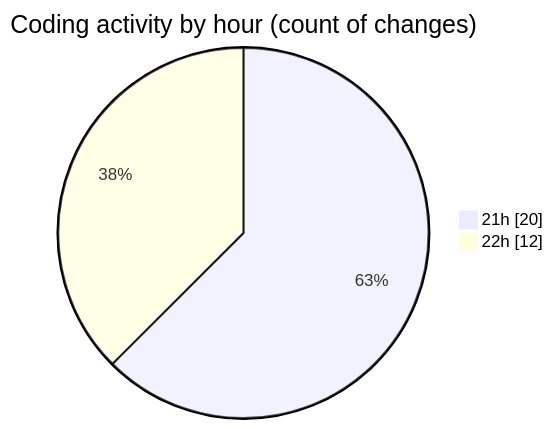
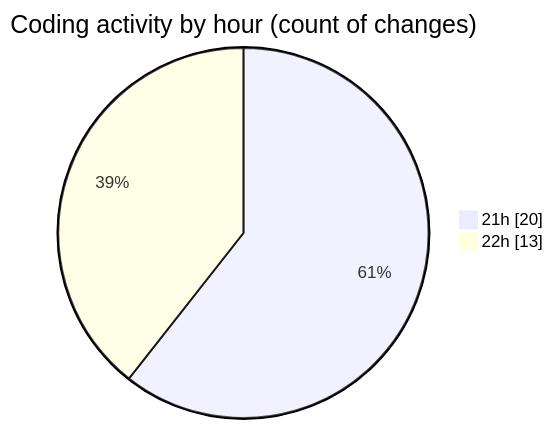
One commit to Ritupan-Deka/code-tracking changed the second of 2 diagrams in 2025-06-01/projects/README.md. Above: the diagram before and after it, drawn with Mermaid. The commit also changed other lines of this file and 1 other file, not shown here.

````diff
--- a/2025-06-01/projects/README.md
+++ b/2025-06-01/projects/README.md
@@ -35,6 +35,6 @@
 ```mermaid
 pie showData
 title Coding activity by hour (count of changes)
 "21h" : 20
-"22h" : 12
+"22h" : 13
 ```
````
